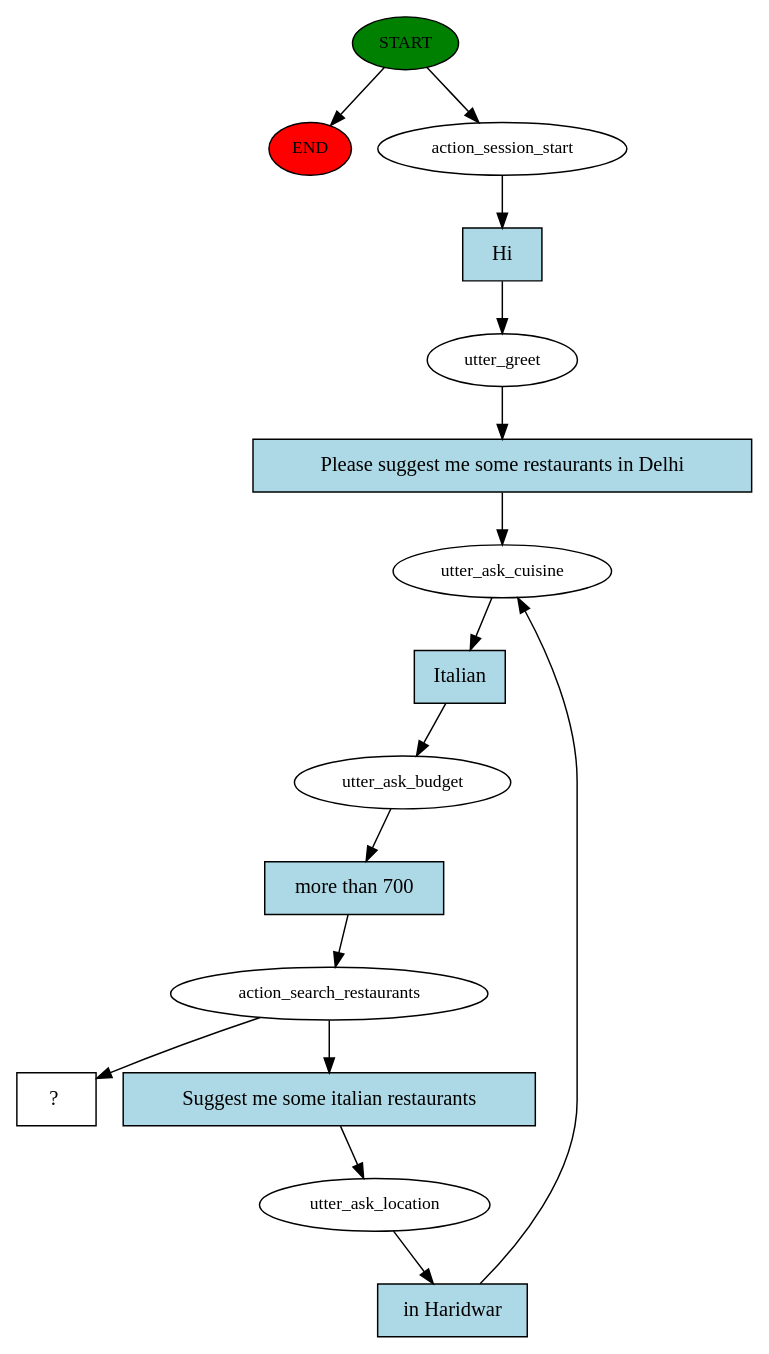
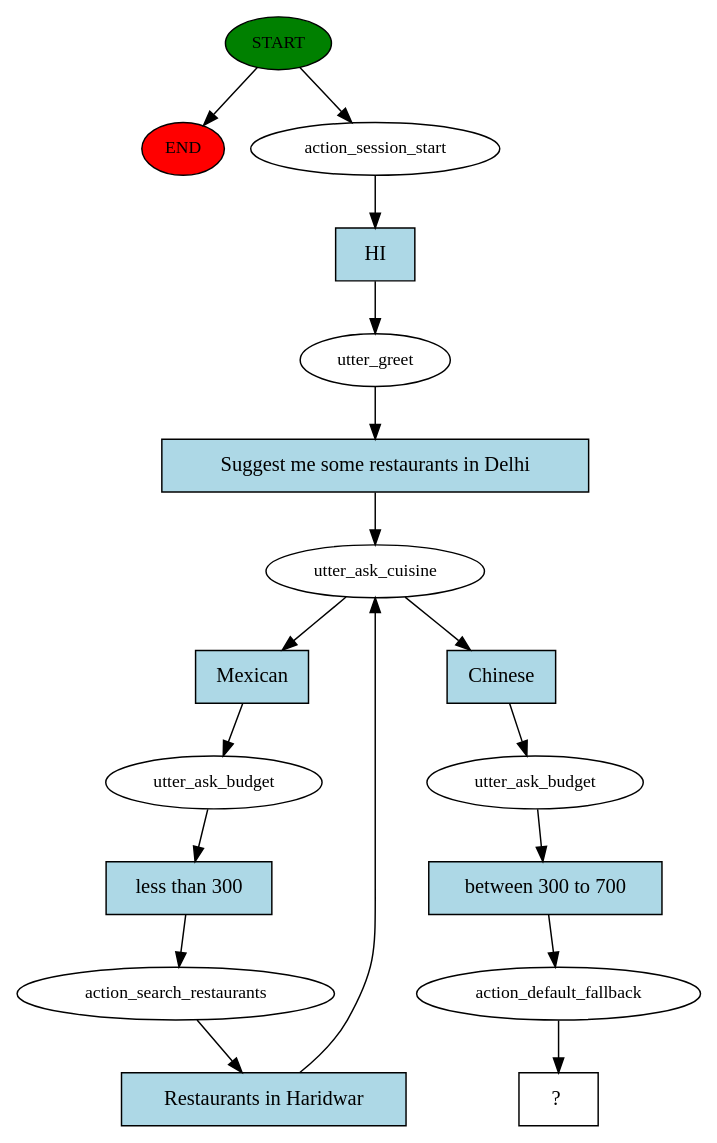
The diagram in story_graph.dot (pandeyvaibhav/RasaFoodieRobi), drawn with Graphviz before and after one commit. The commit also changed 4 other files, not shown here.

```diff
--- a/story_graph.dot
+++ b/story_graph.dot
@@ -1,32 +1,36 @@
 digraph  {
 0 [class="start active", fillcolor=green, fontsize=12, label=START, style=filled];
 "-1" [class=end, fillcolor=red, fontsize=12, label=END, style=filled];
 1 [class=active, fontsize=12, label=action_session_start];
 2 [class=active, fontsize=12, label=utter_greet];
 3 [class=active, fontsize=12, label=utter_ask_cuisine];
 4 [class=active, fontsize=12, label=utter_ask_budget];
 5 [class=active, fontsize=12, label=action_search_restaurants];
-6 [class=active, fontsize=12, label=utter_ask_location];
-10 [class="intent dashed active", label="  ?  ", shape=rect];
-11 [class="intent active", fillcolor=lightblue, label=Hi, shape=rect, style=filled];
-12 [class="intent active", fillcolor=lightblue, label="Please suggest me some restaurants in Delhi", shape=rect, style=filled];
-13 [class="intent active", fillcolor=lightblue, label=Italian, shape=rect, style=filled];
-14 [class="intent active", fillcolor=lightblue, label="more than 700", shape=rect, style=filled];
-15 [class="intent active", fillcolor=lightblue, label="Suggest me some italian restaurants", shape=rect, style=filled];
-16 [class="intent active", fillcolor=lightblue, label="in Haridwar", shape=rect, style=filled];
+7 [class=active, fontsize=12, label=utter_ask_budget];
+8 [class=active, fontsize=12, label=action_default_fallback];
+9 [class="intent dashed active", label="  ?  ", shape=rect];
+10 [class="intent active", fillcolor=lightblue, label=HI, shape=rect, style=filled];
+11 [class="intent active", fillcolor=lightblue, label="Suggest me some restaurants in Delhi", shape=rect, style=filled];
+12 [class="intent active", fillcolor=lightblue, label=Mexican, shape=rect, style=filled];
+13 [class="intent active", fillcolor=lightblue, label=Chinese, shape=rect, style=filled];
+14 [class="intent active", fillcolor=lightblue, label="less than 300", shape=rect, style=filled];
+15 [class="intent active", fillcolor=lightblue, label="Restaurants in Haridwar", shape=rect, style=filled];
+16 [class="intent active", fillcolor=lightblue, label="between 300 to 700", shape=rect, style=filled];
 0 -> "-1"  [class="", key=NONE, label=""];
 0 -> 1  [class=active, key=NONE, label=""];
-1 -> 11  [class=active, key=0];
-2 -> 12  [class=active, key=0];
+1 -> 10  [class=active, key=0];
+2 -> 11  [class=active, key=0];
+3 -> 12  [class=active, key=0];
 3 -> 13  [class=active, key=0];
 4 -> 14  [class=active, key=0];
-5 -> 10  [class=active, key=NONE, label=""];
 5 -> 15  [class=active, key=0];
-6 -> 16  [class=active, key=0];
-11 -> 2  [class=active, key=0];
-12 -> 3  [class=active, key=0];
-13 -> 4  [class=active, key=0];
+7 -> 16  [class=active, key=0];
+8 -> 9  [class=active, key=NONE, label=""];
+10 -> 2  [class=active, key=0];
+11 -> 3  [class=active, key=0];
+12 -> 4  [class=active, key=0];
+13 -> 7  [class=active, key=0];
 14 -> 5  [class=active, key=0];
-15 -> 6  [class=active, key=0];
-16 -> 3  [class=active, key=0];
+15 -> 3  [class=active, key=0];
+16 -> 8  [class=active, key=0];
 }
```
